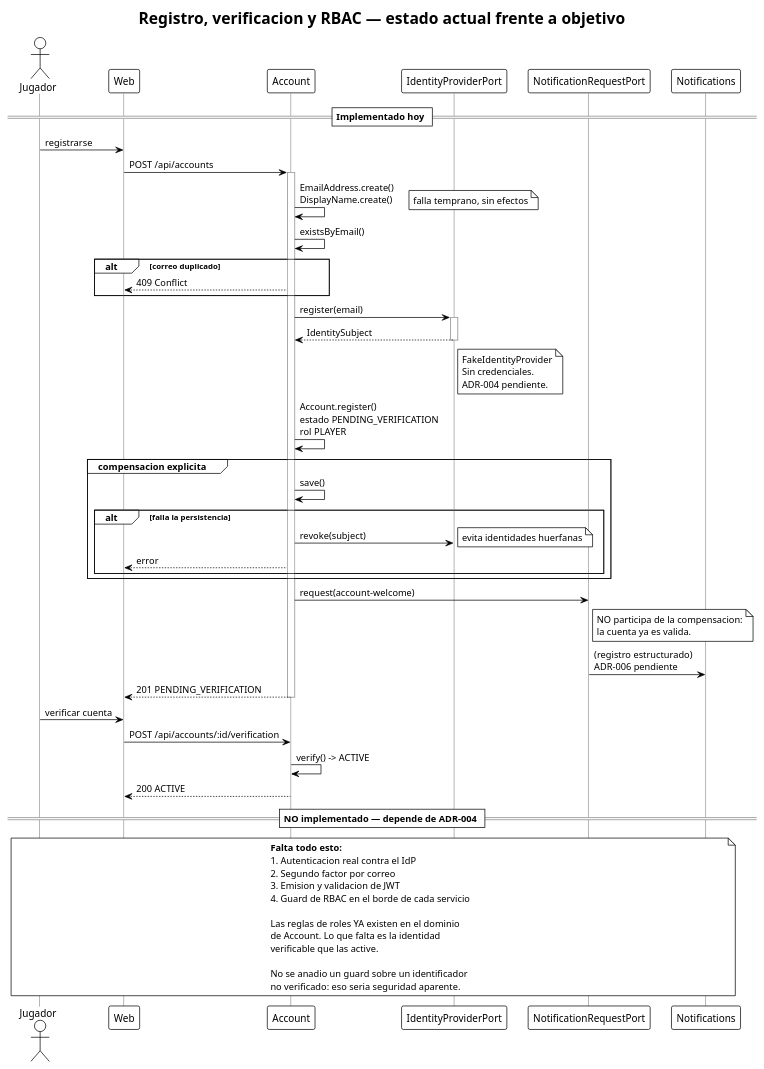
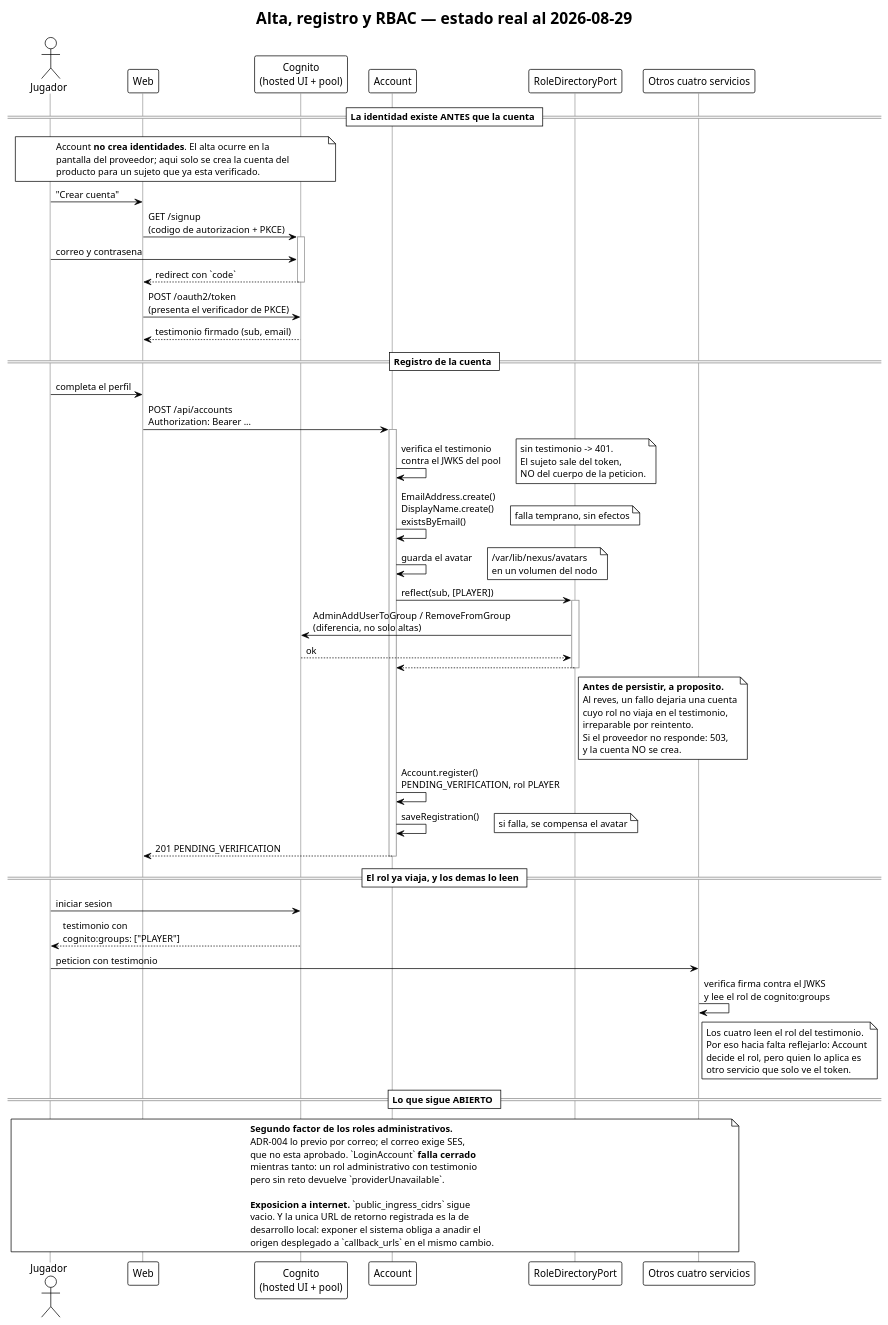
One commit to Nexus-Battle-VI/Nexus-Battle-Infrastructure changed the diagram in docs/diagrams/sequence-login-2fa.puml. Above: the diagram before and after it, drawn with PlantUML. The commit also changed 7 other files, not shown here.

Commit message:
docs: [ES] la documentacion decia que ningun servicio verifica quien pide (#27)

```diff
--- a/docs/diagrams/sequence-login-2fa.puml
+++ b/docs/diagrams/sequence-login-2fa.puml
@@ -1,84 +1,102 @@
 @startuml sequence-login-2fa
 !theme plain
-title Registro, verificacion y RBAC — estado actual frente a objetivo
+title Alta, registro y RBAC — estado real al 2026-08-29
 
 skinparam defaultFontName sans-serif
 skinparam sequence {
   LifeLineBorderColor #999999
 }
 
 actor Jugador
 participant "Web" as web
+participant "Cognito\n(hosted UI + pool)" as idp
 participant "Account" as account
-participant "IdentityProviderPort" as idp
-participant "NotificationRequestPort" as notify
-participant "Notifications" as notifications
+participant "RoleDirectoryPort" as roles
+participant "Otros cuatro servicios" as otros
 
-== Implementado hoy ==
+== La identidad existe ANTES que la cuenta ==
 
-Jugador -> web : registrarse
-web -> account : POST /api/accounts
+note over Jugador, idp
+  Account **no crea identidades**. El alta ocurre en la
+  pantalla del proveedor; aqui solo se crea la cuenta del
+  producto para un sujeto que ya esta verificado.
+end note
+
+Jugador -> web : "Crear cuenta"
+web -> idp : GET /signup\n(codigo de autorizacion + PKCE)
+activate idp
+Jugador -> idp : correo y contrasena
+idp --> web : redirect con `code`
+deactivate idp
+
+web -> idp : POST /oauth2/token\n(presenta el verificador de PKCE)
+idp --> web : testimonio firmado (sub, email)
+
+== Registro de la cuenta ==
+
+Jugador -> web : completa el perfil
+web -> account : POST /api/accounts\nAuthorization: Bearer ...
 activate account
 
-account -> account : EmailAddress.create()\nDisplayName.create()
+account -> account : verifica el testimonio\ncontra el JWKS del pool
+note right: sin testimonio -> 401.\nEl sujeto sale del token,\nNO del cuerpo de la peticion.
+
+account -> account : EmailAddress.create()\nDisplayName.create()\nexistsByEmail()
 note right: falla temprano, sin efectos
 
-account -> account : existsByEmail()
-alt correo duplicado
-  account --> web : 409 Conflict
-end
+account -> account : guarda el avatar
+note right: /var/lib/nexus/avatars\nen un volumen del nodo
 
-account -> idp : register(email)
-activate idp
-idp --> account : IdentitySubject
-deactivate idp
-note right of idp
-  FakeIdentityProvider
-  Sin credenciales.
-  ADR-004 pendiente.
+account -> roles : reflect(sub, [PLAYER])
+activate roles
+roles -> idp : AdminAddUserToGroup / RemoveFromGroup\n(diferencia, no solo altas)
+idp --> roles : ok
+roles --> account
+deactivate roles
+
+note right of roles
+  **Antes de persistir, a proposito.**
+  Al reves, un fallo dejaria una cuenta
+  cuyo rol no viaja en el testimonio,
+  irreparable por reintento.
+  Si el proveedor no responde: 503,
+  y la cuenta NO se crea.
 end note
 
-account -> account : Account.register()\nestado PENDING_VERIFICATION\nrol PLAYER
-
-group compensacion explicita
-  account -> account : save()
-  alt falla la persistencia
-    account -> idp : revoke(subject)
-    note right: evita identidades huerfanas
-    account --> web : error
-  end
-end
-
-account -> notify : request(account-welcome)
-note right of notify
-  NO participa de la compensacion:
-  la cuenta ya es valida.
-end note
-notify -> notifications : (registro estructurado)\nADR-006 pendiente
+account -> account : Account.register()\nPENDING_VERIFICATION, rol PLAYER
+account -> account : saveRegistration()
+note right: si falla, se compensa el avatar
 
 account --> web : 201 PENDING_VERIFICATION
 deactivate account
 
-Jugador -> web : verificar cuenta
-web -> account : POST /api/accounts/:id/verification
-account -> account : verify() -> ACTIVE
-account --> web : 200 ACTIVE
+== El rol ya viaja, y los demas lo leen ==
 
-== NO implementado — depende de ADR-004 ==
+Jugador -> idp : iniciar sesion
+idp --> Jugador : testimonio con\ncognito:groups: ["PLAYER"]
 
-note over Jugador, notifications
-  **Falta todo esto:**
-  1. Autenticacion real contra el IdP
-  2. Segundo factor por correo
-  3. Emision y validacion de JWT
-  4. Guard de RBAC en el borde de cada servicio
+Jugador -> otros : peticion con testimonio
+otros -> otros : verifica firma contra el JWKS\ny lee el rol de cognito:groups
+note right of otros
+  Los cuatro leen el rol del testimonio.
+  Por eso hacia falta reflejarlo: Account
+  decide el rol, pero quien lo aplica es
+  otro servicio que solo ve el token.
+end note
 
-  Las reglas de roles YA existen en el dominio
-  de Account. Lo que falta es la identidad
-  verificable que las active.
+== Lo que sigue ABIERTO ==
 
-  No se anadio un guard sobre un identificador
-  no verificado: eso seria seguridad aparente.
+note over Jugador, otros
+  **Segundo factor de los roles administrativos.**
+  ADR-004 lo previo por correo; el correo exige SES,
+  que no esta aprobado. `LoginAccount` **falla cerrado**
+  mientras tanto: un rol administrativo con testimonio
+  pero sin reto devuelve `providerUnavailable`.
+
+  **Exposicion a internet.** `public_ingress_cidrs` sigue
+  vacio. Y la unica URL de retorno registrada es la de
+  desarrollo local: exponer el sistema obliga a anadir el
+  origen desplegado a `callback_urls` en el mismo cambio.
 end note
 
 @enduml
```
